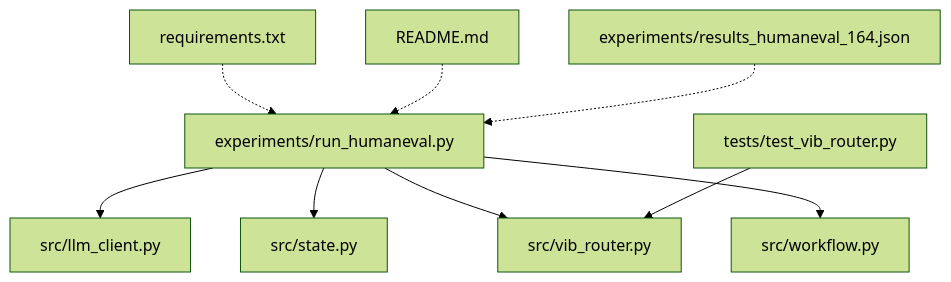
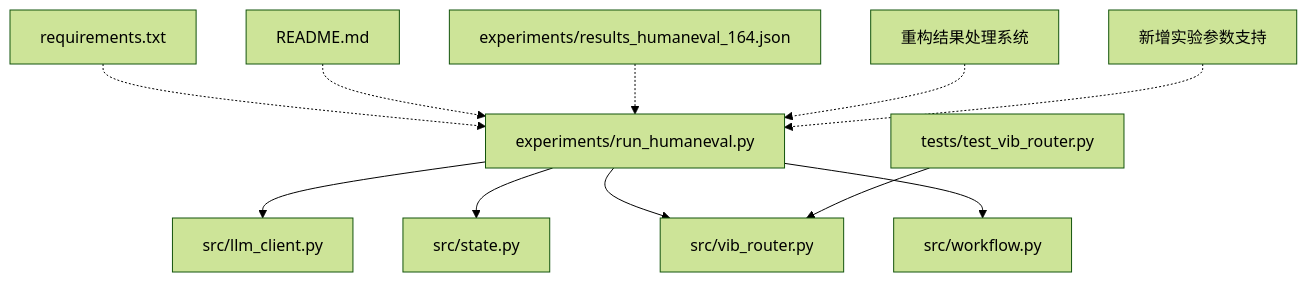
One commit to QuStarry/VIB-SparseCommunication changed the first of 9 diagrams in .qoder/repowiki/zh/content/核心架构/实验框架/HumanEval基准测试.md. Above: the diagram before and after it, drawn with Mermaid (forest theme). The commit also changed other lines of this file and 31 other files, not shown here.

````diff
--- a/.qoder/repowiki/zh/content/核心架构/实验框架/HumanEval基准测试.md
+++ b/.qoder/repowiki/zh/content/核心架构/实验框架/HumanEval基准测试.md
@@ -48,11 +48,13 @@
 ```mermaid
 graph TB
 A["experiments/run_humaneval.py"] --> B["src/llm_client.py"]
 A --> C["src/state.py"]
 A --> D["src/vib_router.py"]
 A --> E["src/workflow.py"]
 F["tests/test_vib_router.py"] --> D
 G["requirements.txt"] -.-> A
 H["README.md"] -.-> A
 I["experiments/results_humaneval_164.json"] -.-> A
+J["重构结果处理系统"] -.-> A
+K["新增实验参数支持"] -.-> A
 ```
````
